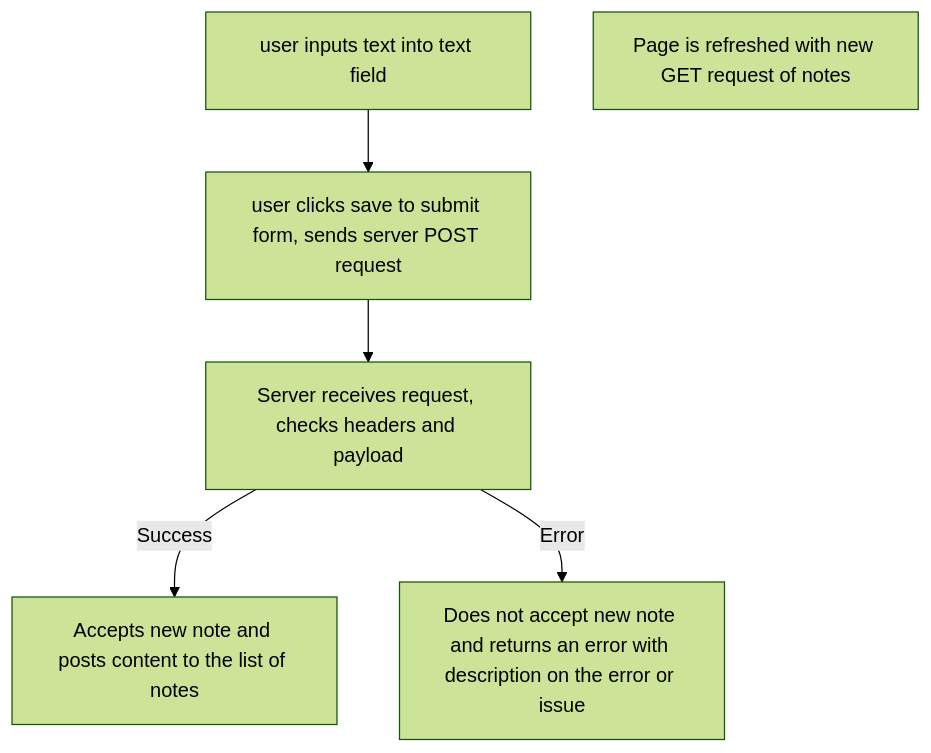
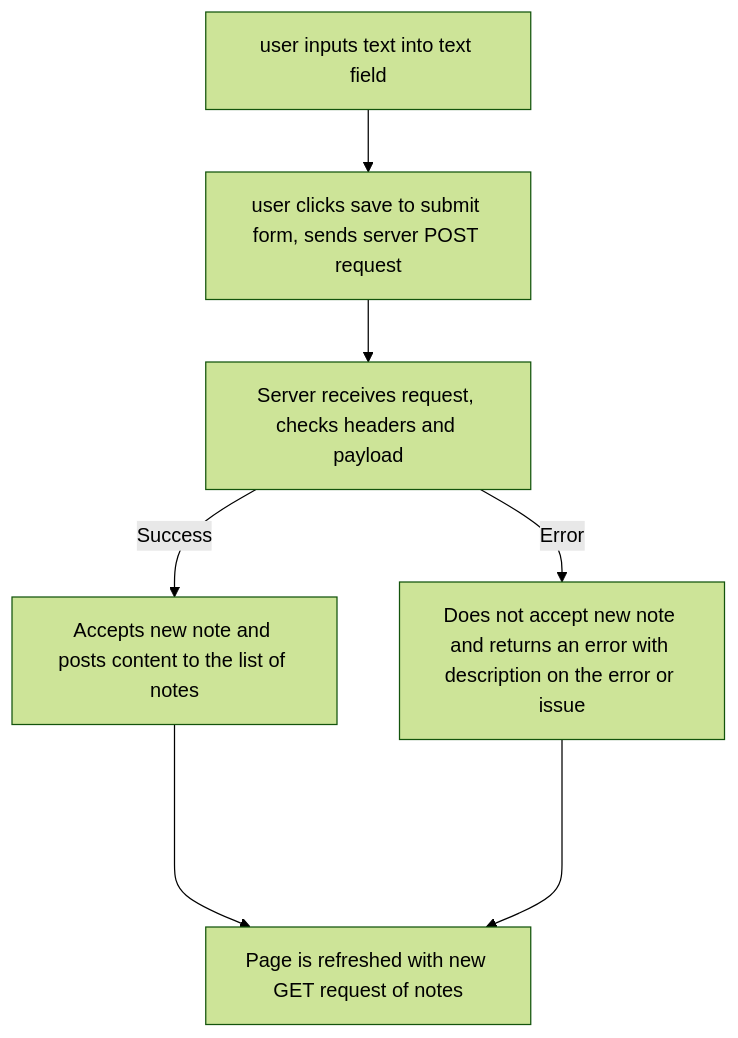
Before and after one commit to klee91/fso-part-0: the diagram in part0/notesDiagram.md, drawn with Mermaid (forest theme).

Commit message:
fixed syntax 2

````diff
--- a/part0/notesDiagram.md
+++ b/part0/notesDiagram.md
@@ -1,9 +1,10 @@
 ```mermaid
 graph TD;
     A[user inputs text into text field] --> B[user clicks save to submit form, sends server POST request] --> C[Server receives request, checks headers and payload]
 
     C -- Success --> D[Accepts new note and posts content to the list of notes]
     C -- Error --> E[Does not accept new note and returns an error with description on the error or issue]
 
-    F[Page is refreshed with new GET request of notes]
+    D ----> F[Page is refreshed with new GET request of notes]
+    E ----> F[Page is refreshed with new GET request of notes]
 ```
````
